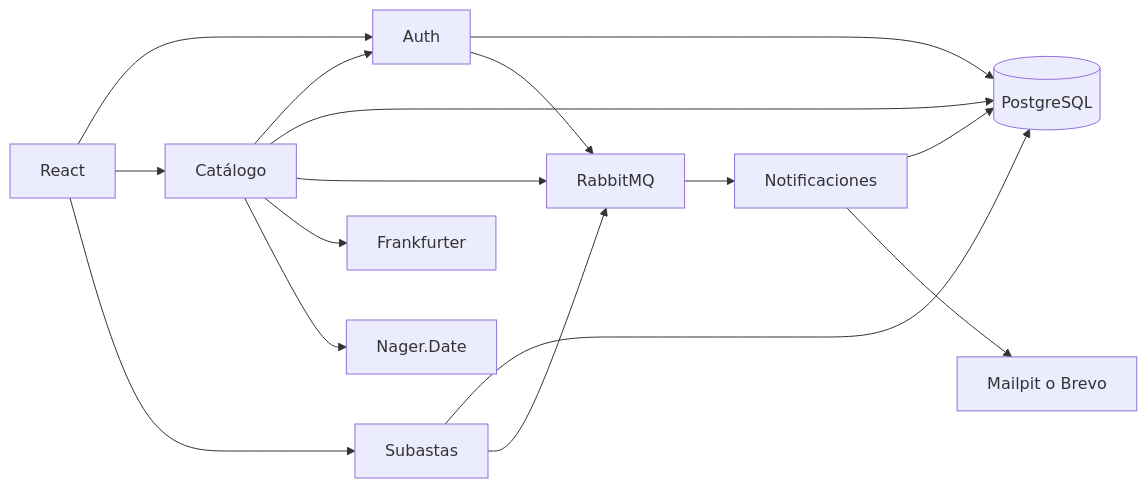
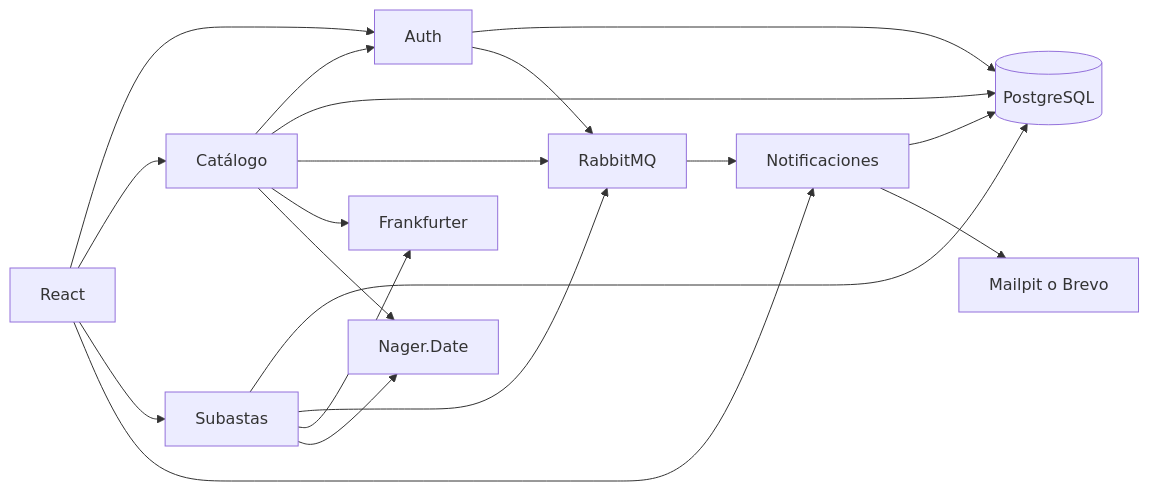
The diagram in README.md (itzjuans25/VERTICE), drawn with Mermaid before and after one commit. The commit also changed other lines of this file and 214 other files, not shown here.

````diff
--- a/README.md
+++ b/README.md
@@ -35,18 +40,21 @@
 ```mermaid
 flowchart LR
   UI[React] --> A[Auth]
   UI --> C[Catálogo]
   UI --> S[Subastas]
+  UI --> N[Notificaciones]
   C --> A
   A --> PG[(PostgreSQL)]
   C --> PG
   S --> PG
   A --> MQ[RabbitMQ]
   C --> MQ
   S --> MQ
   MQ --> N[Notificaciones]
   N --> PG
   N --> SMTP[Mailpit o Brevo]
   C --> FX[Frankfurter]
   C --> F[Nager.Date]
+  S --> FX
+  S --> F
 ```
````
